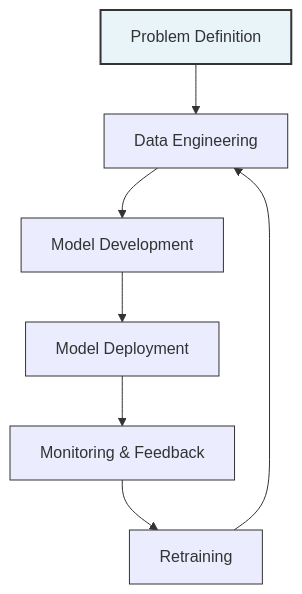
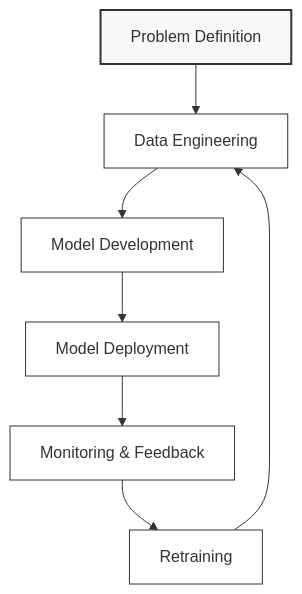
One commit to devops-360-online/go-with-me-ml changed the first of 2 diagrams in docs/00-MLOps/03-MLOps-Lifecycle.md. Above: the diagram before and after it, drawn with Mermaid. The commit also changed other lines of this file, not shown here.

````diff
--- a/docs/00-MLOps/03-MLOps-Lifecycle.md
+++ b/docs/00-MLOps/03-MLOps-Lifecycle.md
@@ -7,15 +7,15 @@
 ```mermaid
 graph TD
     A[Problem Definition] --> B[Data Engineering]
     B --> C[Model Development]
     C --> D[Model Deployment]
     D --> E[Monitoring & Feedback]
     E --> F[Retraining]
     F --> B
     
-    classDef default fill:#FFFFF,stroke:#333,stroke-width:1px;
-    classDef highlight fill:#e8f4f8,stroke:#333,stroke-width:2px;
+    classDef default fill:#FFFFFF,stroke:#333,stroke-width:1px;
+    classDef highlight fill:#F8F8F8,stroke:#333,stroke-width:2px;
     
     class A,B,C,D,E,F default;
     class A highlight;
 ```
````
